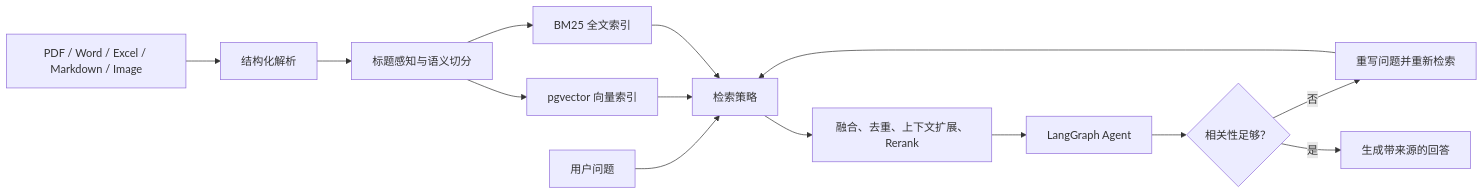
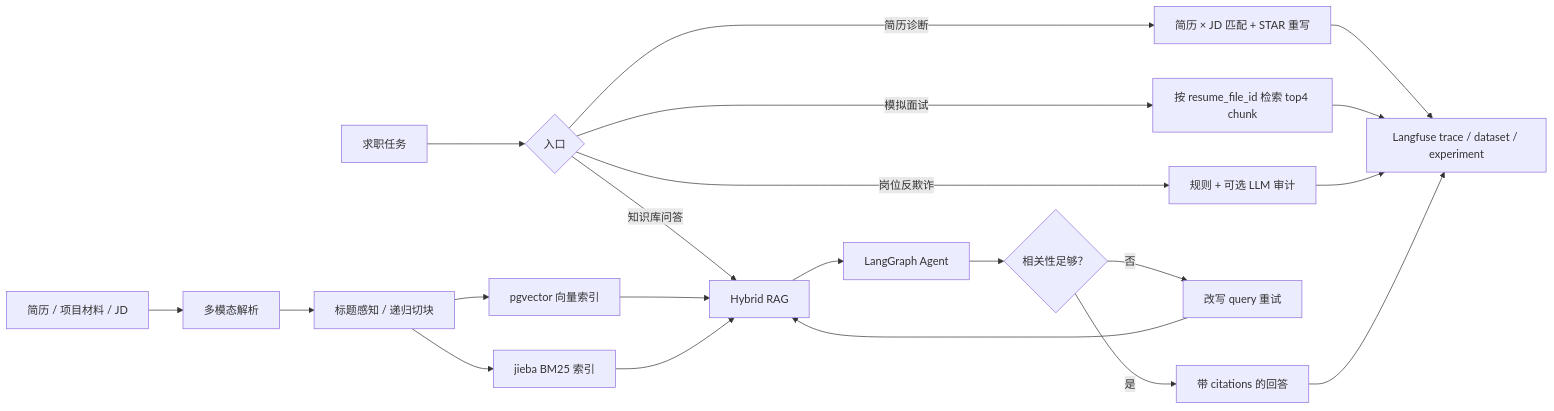
One commit to my420254/Agentic-Multimodal-RAG changed the diagram in README.md. Above: the diagram before and after it, drawn with Mermaid. The commit also changed other lines of this file and 5 other files, not shown here.

````diff
--- a/README.md
+++ b/README.md
@@ -84,17 +79,24 @@
 ```mermaid
 flowchart LR
-    A["PDF / Word / Excel / Markdown / Image"] --> B["结构化解析"]
-    B --> C["标题感知与语义切分"]
+    A["简历 / 项目材料 / JD"] --> B["多模态解析"]
+    B --> C["标题感知 / 递归切块"]
     C --> D["pgvector 向量索引"]
-    C --> E["BM25 全文索引"]
+    C --> E["jieba BM25 索引"]
 
-    Q["用户问题"] --> F["检索策略"]
-    D --> F
-    E --> F
-    F --> G["融合、去重、上下文扩展、Rerank"]
-    G --> H["LangGraph Agent"]
-    H --> I{"相关性足够？"}
-    I -- "否" --> J["重写问题并重新检索"]
-    J --> F
-    I -- "是" --> K["生成带来源的回答"]
+    Q["求职任务"] --> F{"入口"}
+    F -->|简历诊断| G["简历 × JD 匹配 + STAR 重写"]
+    F -->|模拟面试| H["按 resume_file_id 检索 top4 chunk"]
+    F -->|岗位反欺诈| I["规则 + 可选 LLM 审计"]
+    F -->|知识库问答| J["Hybrid RAG"]
+    D --> J
+    E --> J
+    J --> K["LangGraph Agent"]
+    K --> L{"相关性足够？"}
+    L -->|否| M["改写 query 重试"]
+    M --> J
+    L -->|是| N["带 citations 的回答"]
+    G --> O["Langfuse trace / dataset / experiment"]
+    H --> O
+    I --> O
+    N --> O
 ```
````
